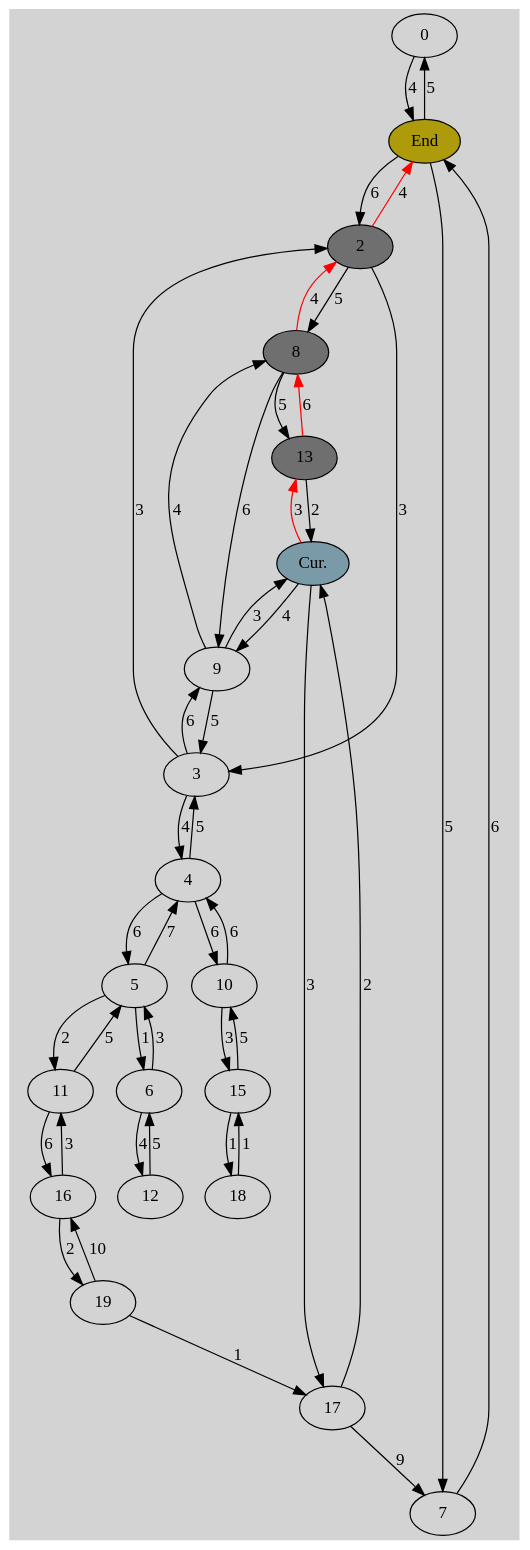
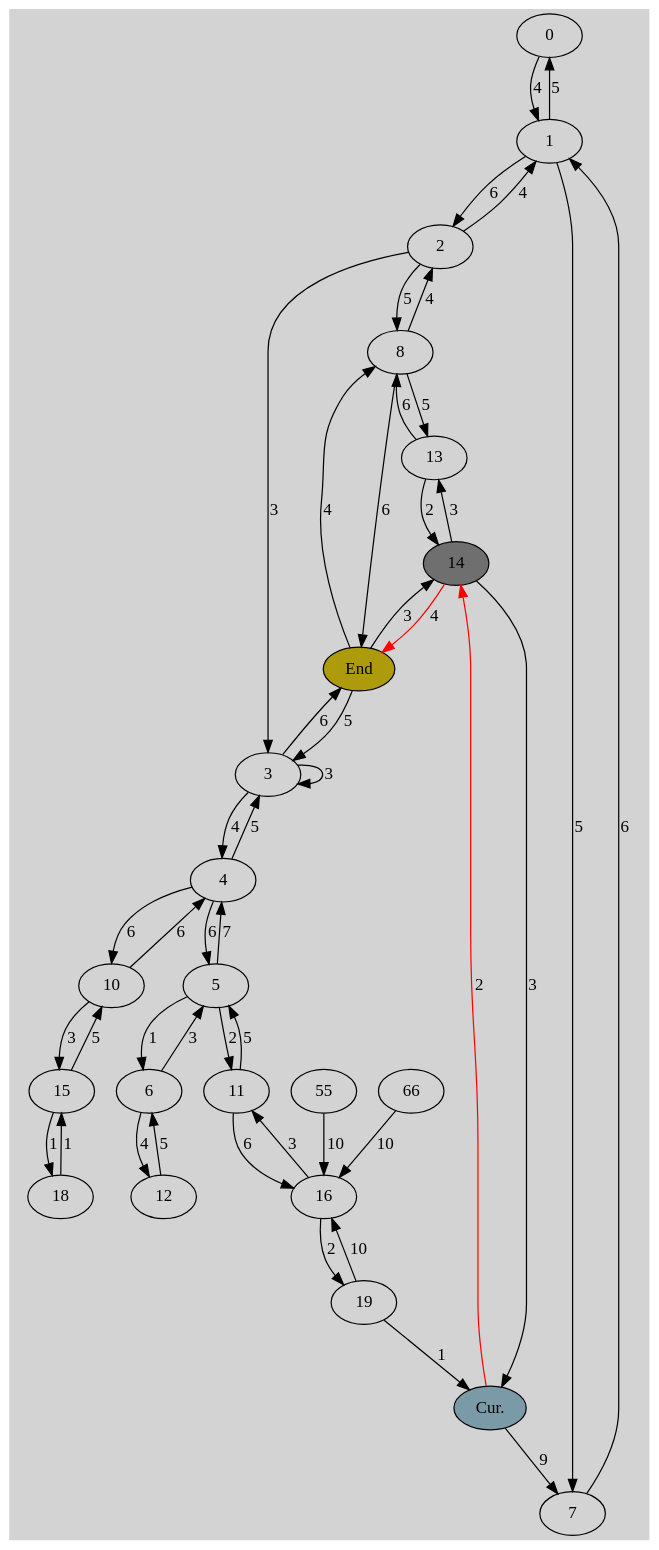
One commit to William-Thomas-Andrews/Shortest_Path_Algorithms changed the diagram in img_gen/g0.gv. Above: the diagram before and after it, drawn with Graphviz. The commit also changed 14 other files, not shown here.

```diff
--- a/img_gen/g0.gv
+++ b/img_gen/g0.gv
@@ -1,137 +1,141 @@
 digraph G {
 	graph [pad="0.212,0.055" bgcolor=lightgray]
 	node [style=filled]
 	splines=true
 	0 [label="0", pos="100,200!"]
-	1 [label="End", fillcolor="#ae9b0bff"pos="200,200!"]
+	1 [label="1", pos="200,200!"]
 	0 -> 1 [color="black" label="4"]
-	1 [label="End", fillcolor="#ae9b0bff"pos="200,200!"]
+	1 [label="1", pos="200,200!"]
 	0 [label="0", pos="100,200!"]
 	1 -> 0 [color="black" label="5"]
-	1 [label="End", fillcolor="#ae9b0bff"pos="200,200!"]
+	1 [label="1", pos="200,200!"]
 	2 [label="2", pos="300,200!"]
 	1 -> 2 [color="black" label="6"]
-	2 [label="2", fillcolor="#6f6f6fff"pos="300,200!"]
-	1 [label="End", fillcolor="#ae9b0bff"pos="200,200!"]
-	2 -> 1 [color="red" label="4"]
+	2 [label="2", pos="300,200!"]
+	1 [label="1", pos="200,200!"]
+	2 -> 1 [color="black" label="4"]
 	2 [label="2", pos="300,200!"]
 	3 [label="3", pos="400,200!"]
 	2 -> 3 [color="black" label="3"]
 	3 [label="3", pos="400,200!"]
 	2 [label="2", pos="300,200!"]
-	3 -> 2 [color="black" label="3"]
+	3 -> 3 [color="black" label="3"]
 	3 [label="3", pos="400,200!"]
 	4 [label="4", pos="500,200!"]
 	3 -> 4 [color="black" label="4"]
 	4 [label="4", pos="500,200!"]
 	3 [label="3", pos="400,200!"]
 	4 -> 3 [color="black" label="5"]
 	4 [label="4", pos="500,200!"]
 	5 [label="5", pos="600,200!"]
 	4 -> 5 [color="black" label="6"]
 	5 [label="5", pos="600,200!"]
 	4 [label="4", pos="500,200!"]
 	5 -> 4 [color="black" label="7"]
 	5 [label="5", pos="600,200!"]
 	6 [label="6", pos="700,200!"]
 	5 -> 6 [color="black" label="1"]
 	6 [label="6", pos="700,200!"]
 	5 [label="5", pos="600,200!"]
 	6 -> 5 [color="black" label="3"]
-	1 [label="End", fillcolor="#ae9b0bff"pos="200,200!"]
+	1 [label="1", pos="200,200!"]
 	7 [label="7", pos="200,300!"]
 	1 -> 7 [color="black" label="5"]
 	7 [label="7", pos="200,300!"]
-	1 [label="End", fillcolor="#ae9b0bff"pos="200,200!"]
+	1 [label="1", pos="200,200!"]
 	7 -> 1 [color="black" label="6"]
 	2 [label="2", pos="300,200!"]
 	8 [label="8", pos="300,300!"]
 	2 -> 8 [color="black" label="5"]
-	8 [label="8", fillcolor="#6f6f6fff"pos="300,300!"]
-	2 [label="2", fillcolor="#6f6f6fff"pos="300,200!"]
-	8 -> 2 [color="red" label="4"]
+	8 [label="8", pos="300,300!"]
+	2 [label="2", pos="300,200!"]
+	8 -> 2 [color="black" label="4"]
 	3 [label="3", pos="400,200!"]
-	9 [label="9", pos="400,300!"]
+	9 [label="End", fillcolor="#ae9b0bff"pos="400,300!"]
 	3 -> 9 [color="black" label="6"]
-	9 [label="9", pos="400,300!"]
+	9 [label="End", fillcolor="#ae9b0bff"pos="400,300!"]
 	3 [label="3", pos="400,200!"]
 	9 -> 3 [color="black" label="5"]
-	9 [label="9", pos="400,300!"]
+	9 [label="End", fillcolor="#ae9b0bff"pos="400,300!"]
 	8 [label="8", pos="300,300!"]
 	9 -> 8 [color="black" label="4"]
 	8 [label="8", pos="300,300!"]
-	9 [label="9", pos="400,300!"]
+	9 [label="End", fillcolor="#ae9b0bff"pos="400,300!"]
 	8 -> 9 [color="black" label="6"]
 	4 [label="4", pos="500,200!"]
 	10 [label="10", pos="500,300!"]
 	4 -> 10 [color="black" label="6"]
 	10 [label="10", pos="500,300!"]
 	4 [label="4", pos="500,200!"]
 	10 -> 4 [color="black" label="6"]
 	5 [label="5", pos="600,200!"]
 	11 [label="11", pos="600,300!"]
 	5 -> 11 [color="black" label="2"]
 	11 [label="11", pos="600,300!"]
 	5 [label="5", pos="600,200!"]
 	11 -> 5 [color="black" label="5"]
 	6 [label="6", pos="700,200!"]
 	12 [label="12", pos="700,300!"]
 	6 -> 12 [color="black" label="4"]
 	12 [label="12", pos="700,300!"]
 	6 [label="6", pos="700,200!"]
 	12 -> 6 [color="black" label="5"]
 	8 [label="8", pos="300,300!"]
 	13 [label="13", pos="300,400!"]
 	8 -> 13 [color="black" label="5"]
-	13 [label="13", fillcolor="#6f6f6fff"pos="300,400!"]
-	8 [label="8", fillcolor="#6f6f6fff"pos="300,300!"]
-	13 -> 8 [color="red" label="6"]
 	13 [label="13", pos="300,400!"]
-	14 [label="Cur.", fillcolor="#7b9aa7ff"pos="400,400!"]
+	8 [label="8", pos="300,300!"]
+	13 -> 8 [color="black" label="6"]
+	13 [label="13", pos="300,400!"]
+	14 [label="14", pos="400,400!"]
 	13 -> 14 [color="black" label="2"]
-	14 [label="Cur.", fillcolor="#7b9aa7ff"pos="400,400!"]
-	13 [label="13", fillcolor="#6f6f6fff"pos="300,400!"]
-	14 -> 13 [color="red" label="3"]
-	9 [label="9", pos="400,300!"]
-	14 [label="Cur.", fillcolor="#7b9aa7ff"pos="400,400!"]
+	14 [label="14", pos="400,400!"]
+	13 [label="13", pos="300,400!"]
+	14 -> 13 [color="black" label="3"]
+	9 [label="End", fillcolor="#ae9b0bff"pos="400,300!"]
+	14 [label="14", pos="400,400!"]
 	9 -> 14 [color="black" label="3"]
-	14 [label="Cur.", fillcolor="#7b9aa7ff"pos="400,400!"]
-	9 [label="9", pos="400,300!"]
-	14 -> 9 [color="black" label="4"]
+	14 [label="14", fillcolor="#6f6f6fff"pos="400,400!"]
+	9 [label="End", fillcolor="#ae9b0bff"pos="400,300!"]
+	14 -> 9 [color="red" label="4"]
 	10 [label="10", pos="500,300!"]
 	15 [label="15", pos="500,400!"]
 	10 -> 15 [color="black" label="3"]
 	15 [label="15", pos="500,400!"]
 	10 [label="10", pos="500,300!"]
 	15 -> 10 [color="black" label="5"]
 	11 [label="11", pos="600,300!"]
 	16 [label="16", pos="600,400!"]
 	11 -> 16 [color="black" label="6"]
 	16 [label="16", pos="600,400!"]
 	11 [label="11", pos="600,300!"]
 	16 -> 11 [color="black" label="3"]
-	14 [label="Cur.", fillcolor="#7b9aa7ff"pos="400,400!"]
-	17 [label="17", pos="400,500!"]
+	14 [label="14", pos="400,400!"]
+	17 [label="Cur.", fillcolor="#7b9aa7ff"pos="400,500!"]
 	14 -> 17 [color="black" label="3"]
-	17 [label="17", pos="400,500!"]
-	14 [label="Cur.", fillcolor="#7b9aa7ff"pos="400,400!"]
-	17 -> 14 [color="black" label="2"]
+	17 [label="Cur.", fillcolor="#7b9aa7ff"pos="400,500!"]
+	14 [label="14", fillcolor="#6f6f6fff"pos="400,400!"]
+	17 -> 14 [color="red" label="2"]
 	19 [label="19", pos="600,500!"]
-	17 [label="17", pos="400,500!"]
+	17 [label="Cur.", fillcolor="#7b9aa7ff"pos="400,500!"]
 	19 -> 17 [color="black" label="1"]
-	17 [label="17", pos="400,500!"]
+	17 [label="Cur.", fillcolor="#7b9aa7ff"pos="400,500!"]
 	7 [label="7", pos="200,300!"]
 	17 -> 7 [color="black" label="9"]
 	15 [label="15", pos="500,400!"]
 	18 [label="18", pos="500,500!"]
 	15 -> 18 [color="black" label="1"]
 	18 [label="18", pos="500,500!"]
 	15 [label="15", pos="500,400!"]
 	18 -> 15 [color="black" label="1"]
 	16 [label="16", pos="600,400!"]
 	19 [label="19", pos="600,500!"]
 	16 -> 19 [color="black" label="2"]
 	19 [label="19", pos="600,500!"]
 	16 [label="16", pos="600,400!"]
 	19 -> 16 [color="black" label="10"]
+    55 [label="55", pos="6000,400!"]
+    55 -> 16 [color="black" label="10"]
+    66 [label="66", pos="0,0!"]
+    66 -> 16 [color="black" label="10"]
 }
```
